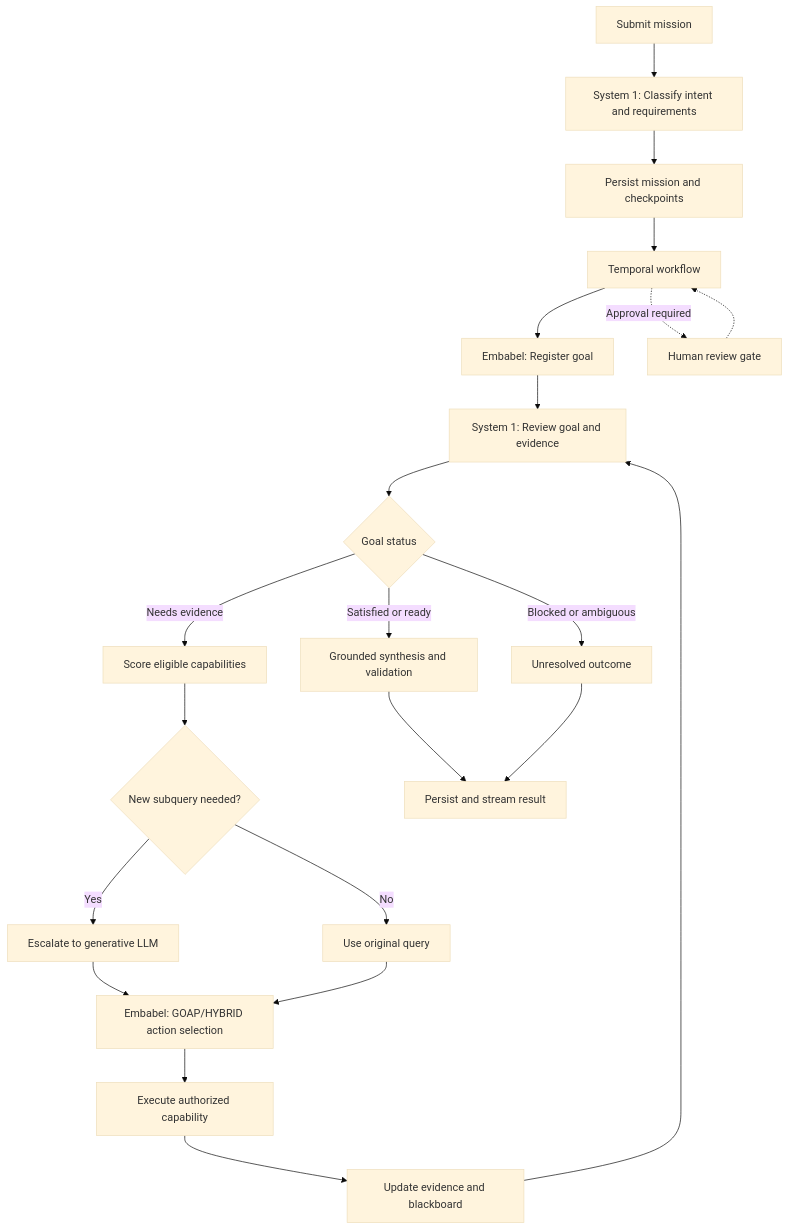
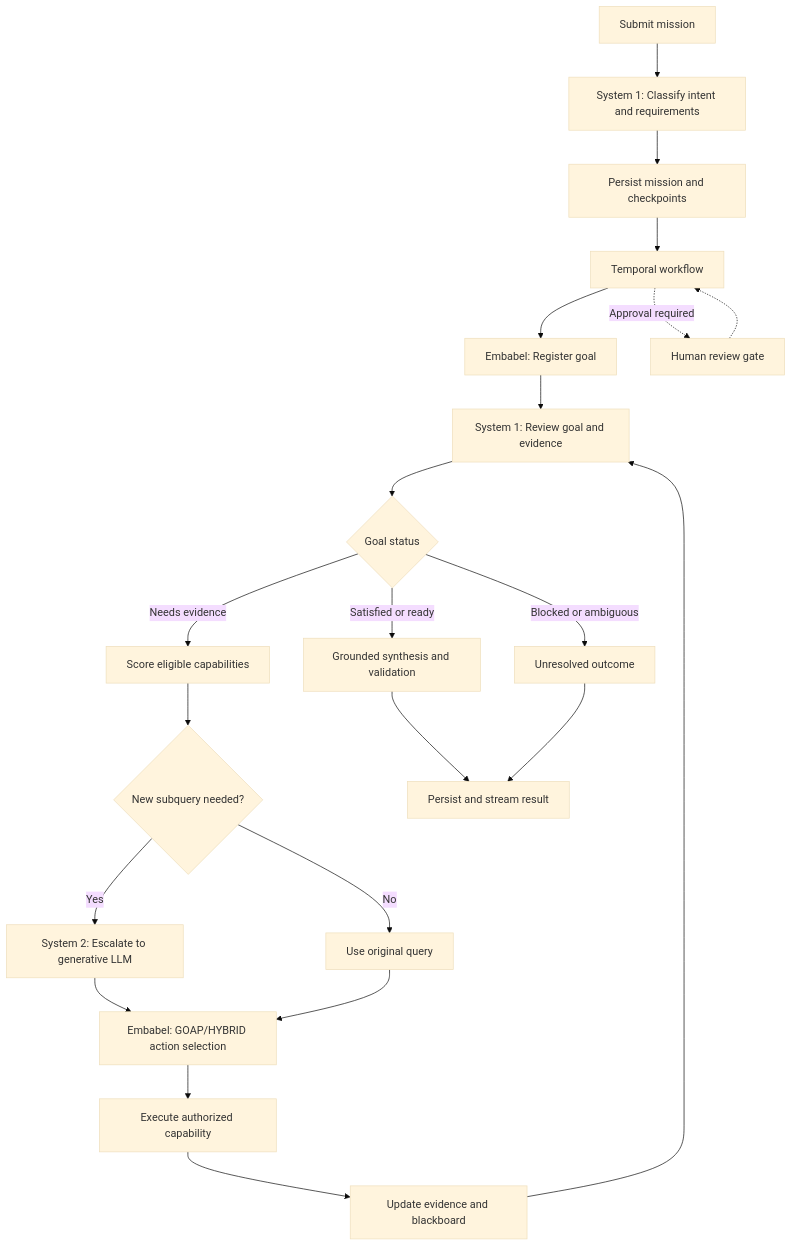
Before and after one commit to hashedgrey/Sparrow-x: the second of 2 diagrams in README.md, drawn with Mermaid (base theme).

Commit message:
docs(readme): align architecture and features with latest SparrowX implementation

````diff
--- a/README.md
+++ b/README.md
@@ -81,29 +81,29 @@
 ```mermaid
 flowchart TD
     A[Submit mission] --> B[System 1: Classify intent and requirements]
     B --> C[Persist mission and checkpoints]
     C --> D[Temporal workflow]
     D --> E[Embabel: Register goal]
     E --> F[System 1: Review goal and evidence]
     F --> G{Goal status}
 
     G -->|Needs evidence| H[Score eligible capabilities]
     H --> I{New subquery needed?}
-    I -->|Yes| J[Escalate to generative LLM]
+    I -->|Yes| J[System 2: Escalate to generative LLM]
     I -->|No| K[Use original query]
 
     J --> L[Embabel: GOAP/HYBRID action selection]
     K --> L
     L --> M[Execute authorized capability]
     M --> N[Update evidence and blackboard]
     N --> F
 
     G -->|Satisfied or ready| O[Grounded synthesis and validation]
     G -->|Blocked or ambiguous| P[Unresolved outcome]
 
     O --> Q[Persist and stream result]
     P --> Q
 
     D -.->|Approval required| R[Human review gate]
     R -.-> D
 ```
````
